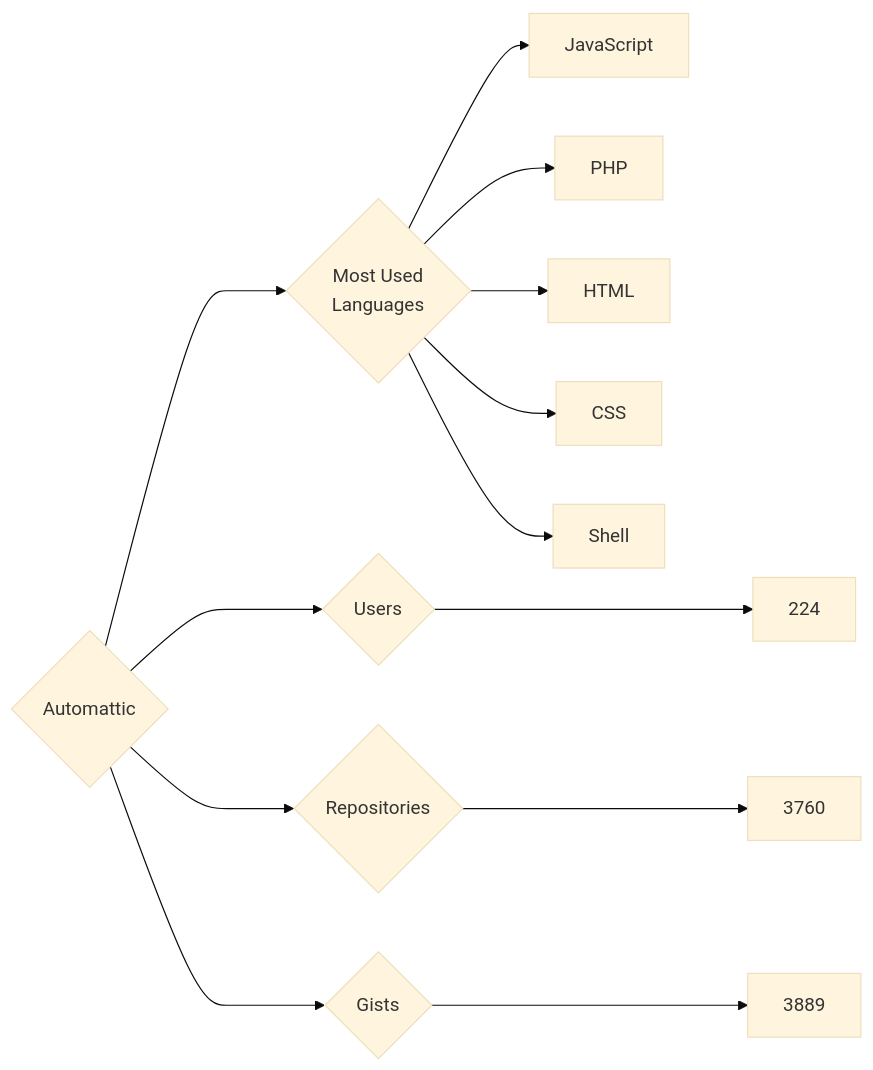
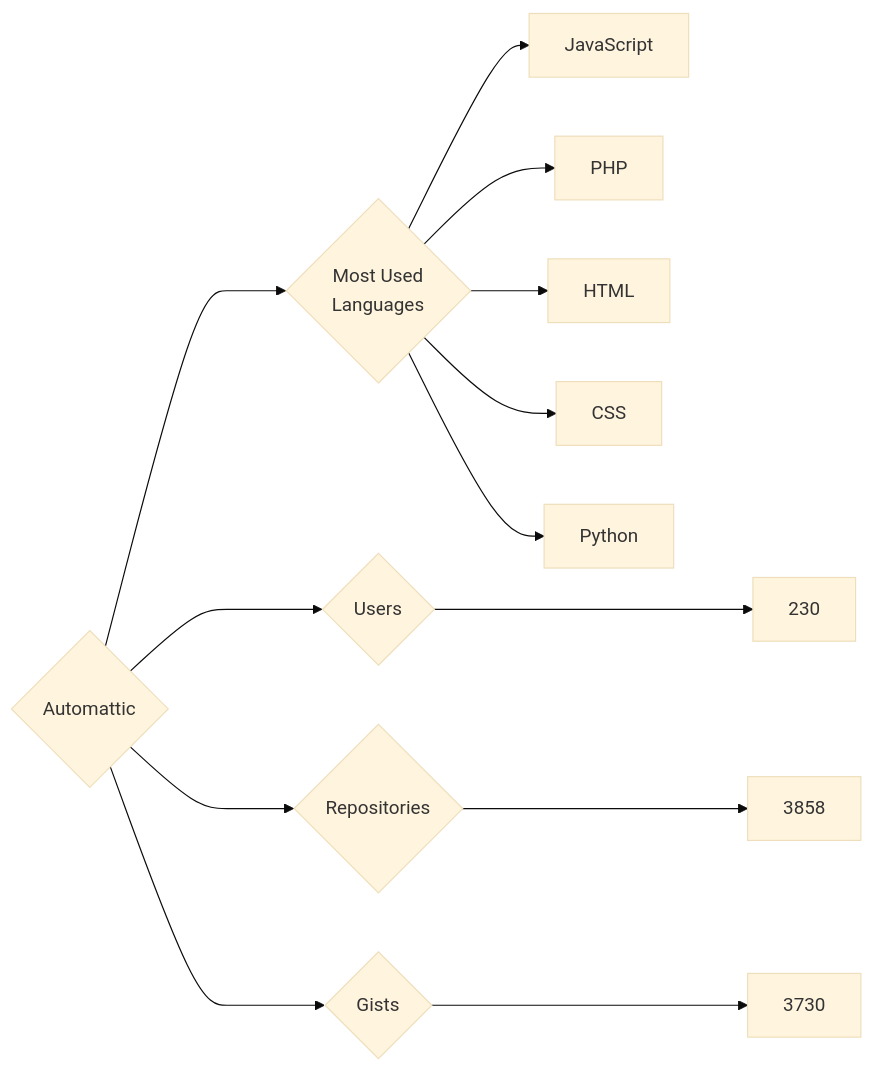
Before and after one commit to trickest/insiders: the diagram in targets/Automattic/README.md, drawn with Mermaid (base theme). The commit also changed 888 other files, not shown here.

````diff
--- a/targets/Automattic/README.md
+++ b/targets/Automattic/README.md
@@ -3,13 +3,13 @@
 ```mermaid
 graph LR
 COMPANY_NAME{Automattic}
-COMPANY_NAME ---> U{Users} ---> UN[224]
-COMPANY_NAME ---> R{Repositories} ---> RN[3760]
-COMPANY_NAME ---> G{Gists} ---> GN[3889]
+COMPANY_NAME ---> U{Users} ---> UN[230]
+COMPANY_NAME ---> R{Repositories} ---> RN[3858]
+COMPANY_NAME ---> G{Gists} ---> GN[3730]
 COMPANY_NAME ---> ML{Most Used<br>Languages}
 ML --> JavaScript[JavaScript]
 ML --> PHP[PHP]
 ML --> HTML[HTML]
 ML --> CSS[CSS]
-ML --> Shell[Shell]
+ML --> Python[Python]
 ```
````
